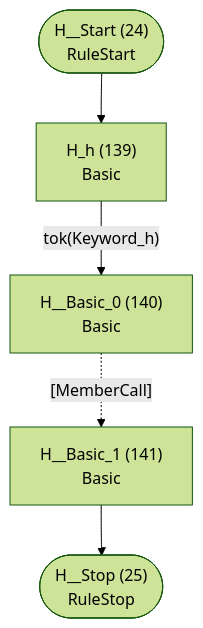
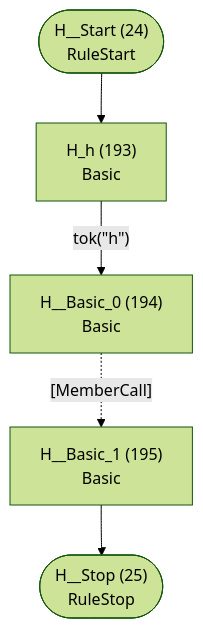
Before and after one commit to TypeFox/fastbelt: diagram 13 of 41 in internal/languages/completion/atn.md, drawn with Mermaid (forest theme). The commit also changed other lines of this file and 36 other files, not shown here.

````diff
--- a/internal/languages/completion/atn.md
+++ b/internal/languages/completion/atn.md
@@ -333,13 +378,13 @@
 ```mermaid
 flowchart TD
     q24(["H__Start (24)<br/>RuleStart"])
     q25(["H__Stop (25)<br/>RuleStop"])
-    q139["H_h (139)<br/>Basic<br/>"]
-    q140["H__Basic_0 (140)<br/>Basic<br/>"]
-    q141["H__Basic_1 (141)<br/>Basic<br/>"]
+    q193["H_h (193)<br/>Basic<br/>"]
+    q194["H__Basic_0 (194)<br/>Basic<br/>"]
+    q195["H__Basic_1 (195)<br/>Basic<br/>"]
 
-    q24 --> q139
-    q139 -->|"tok(Keyword_h)"| q140
-    q140 -.->|"[MemberCall]"| q141
-    q141 --> q25
+    q24 --> q193
+    q193 -->|"tok(&quot;h&quot;)"| q194
+    q194 -.->|"[MemberCall]"| q195
+    q195 --> q25
 ```
````
